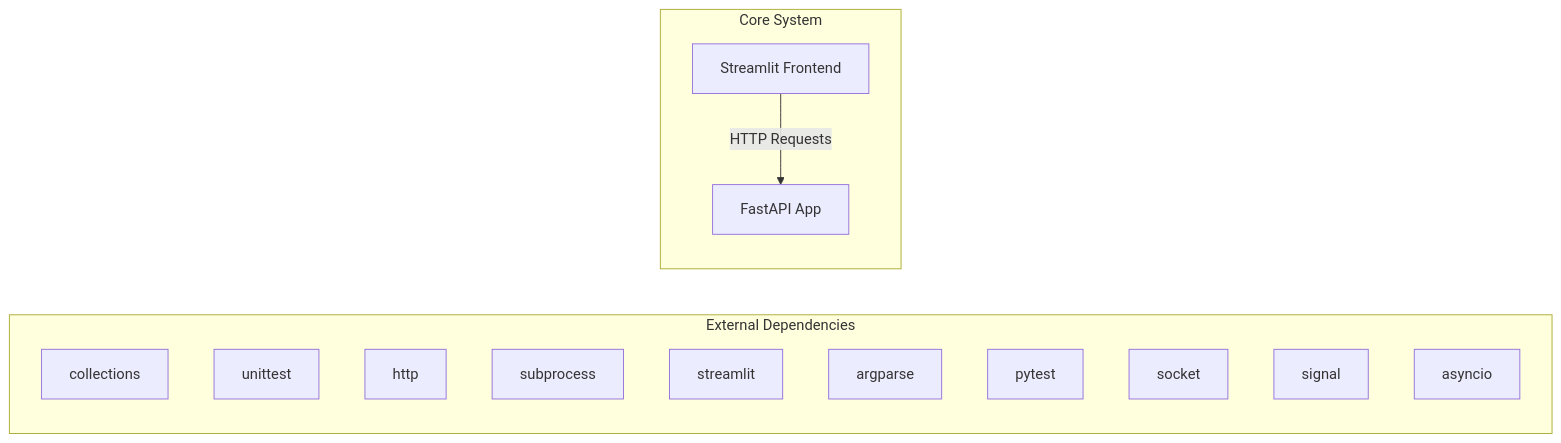
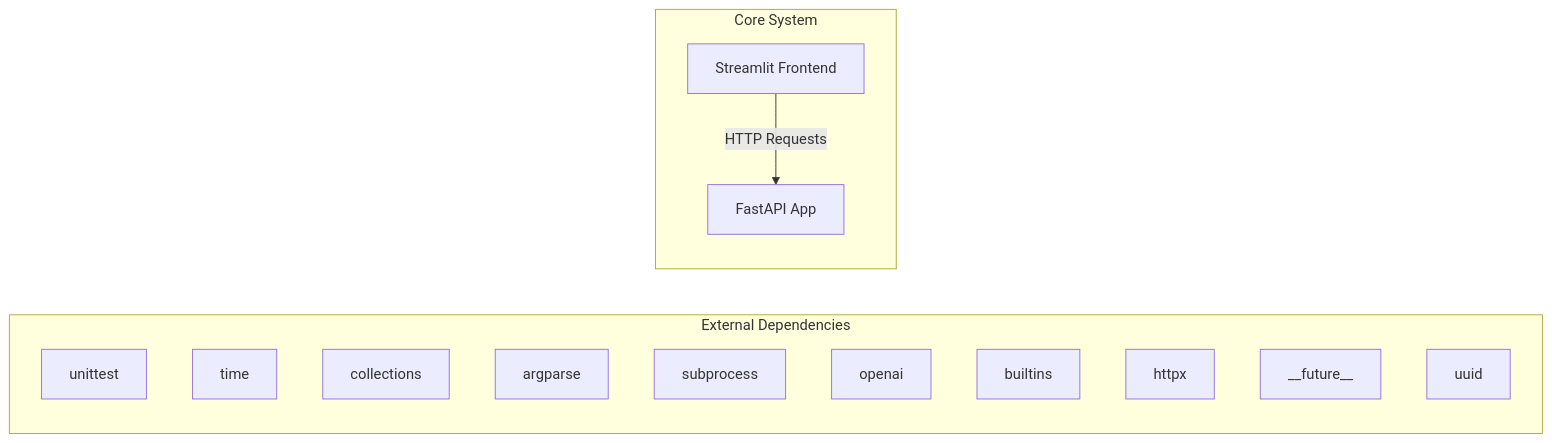
Before and after one commit to NITISH-R-G/rag-context-optimizer: the first of 2 diagrams in docs/architecture.md, drawn with Mermaid. The commit also changed other lines of this file and 1 other file, not shown here.

Commit message:
docs: auto-update repository knowledge, architecture diagrams, and documentation

````diff
--- a/docs/architecture.md
+++ b/docs/architecture.md
@@ -7,20 +7,20 @@
 ```mermaid
 graph LR
     subgraph External Dependencies
-        E0["collections"]
-        E1["unittest"]
-        E2["http"]
-        E3["subprocess"]
-        E4["streamlit"]
-        E5["argparse"]
-        E6["pytest"]
-        E7["socket"]
-        E8["signal"]
-        E9["asyncio"]
+        E0["unittest"]
+        E1["time"]
+        E2["collections"]
+        E3["argparse"]
+        E4["subprocess"]
+        E5["openai"]
+        E6["builtins"]
+        E7["httpx"]
+        E8["__future__"]
+        E9["uuid"]
     end
     subgraph Core System
         API["FastAPI App"]
         UI["Streamlit Frontend"]
     end
     UI -->|HTTP Requests| API
 ```
````
